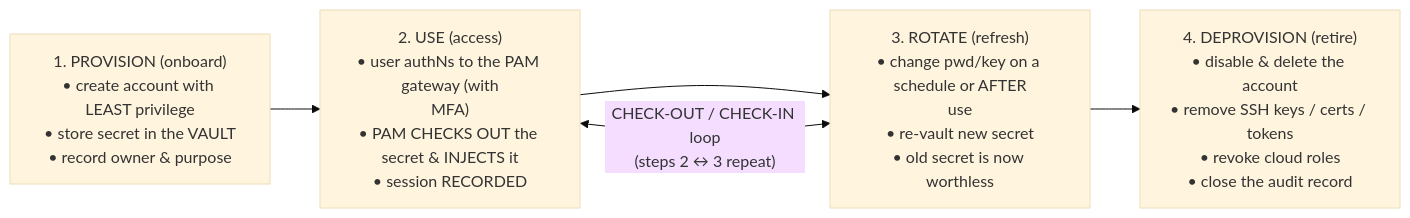
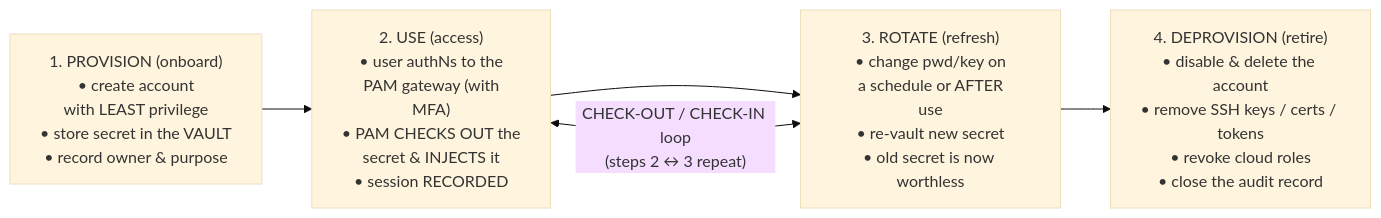
One commit to morandeirachema/WallixCerts changed the second of 3 diagrams in foundations/privileged-accounts-and-credentials.md. Above: the diagram before and after it, drawn with Mermaid (base theme). The commit also changed other lines of this file and 35 other files, not shown here.

First line of the commit message:
Tidy Mermaid boxes: balanced wrapping at a narrower width (36)

````diff
--- a/foundations/privileged-accounts-and-credentials.md
+++ b/foundations/privileged-accounts-and-credentials.md
@@ -105,9 +105,9 @@
 ```mermaid
 flowchart LR
-    P["1. PROVISION (onboard)<br/>• create account with LEAST privilege<br/>• store secret in the VAULT<br/>• record owner & purpose"]
-    U["2. USE (access)<br/>• user authNs to the PAM gateway (with<br/>MFA)<br/>• PAM CHECKS OUT the secret & INJECTS it<br/>• session RECORDED"]
-    R["3. ROTATE (refresh)<br/>• change pwd/key on a schedule or AFTER<br/>use<br/>• re-vault new secret<br/>• old secret is now worthless"]
+    P["1. PROVISION (onboard)<br/>• create account<br/>with LEAST privilege<br/>• store secret in the VAULT<br/>• record owner & purpose"]
+    U["2. USE (access)<br/>• user authNs to the<br/>PAM gateway (with<br/>MFA)<br/>• PAM CHECKS OUT the<br/>secret & INJECTS it<br/>• session RECORDED"]
+    R["3. ROTATE (refresh)<br/>• change pwd/key on<br/>a schedule or AFTER<br/>use<br/>• re-vault new secret<br/>• old secret is now worthless"]
     D["4. DEPROVISION (retire)<br/>• disable & delete the account<br/>• remove SSH keys / certs / tokens<br/>• revoke cloud roles<br/>• close the audit record"]
     P --> U --> R --> D
     U <-->|"CHECK-OUT / CHECK-IN loop<br/>(steps 2 ↔ 3 repeat)"| R
 ```
````
